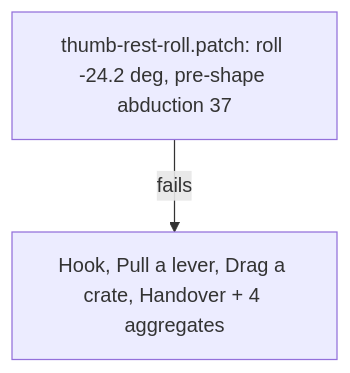
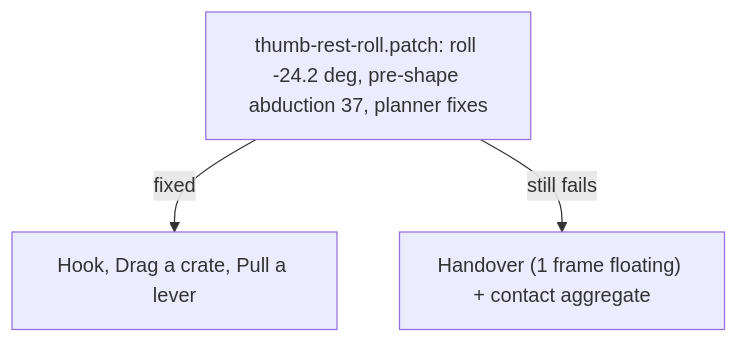
Before and after one commit to iam25th1/25th-procedural-hands: the diagram in docs/HANDS_TWIST_FINDINGS.md, drawn with Mermaid. The commit also changed other lines of this file and 6 other files, not shown here.

````diff
--- a/docs/HANDS_TWIST_FINDINGS.md
+++ b/docs/HANDS_TWIST_FINDINGS.md
@@ -86,4 +86,5 @@
 ```mermaid
 flowchart TD
-  T["thumb-rest-roll.patch: roll -24.2 deg, pre-shape abduction 37"] -->|fails| T1["Hook, Pull a lever, Drag a crate, Handover + 4 aggregates"]
+  T["thumb-rest-roll.patch: roll -24.2 deg, pre-shape abduction 37, planner fixes"] -->|fixed| T2["Hook, Drag a crate, Pull a lever"]
+  T -->|still fails| T1["Handover (1 frame floating) + contact aggregate"]
 ```
````
